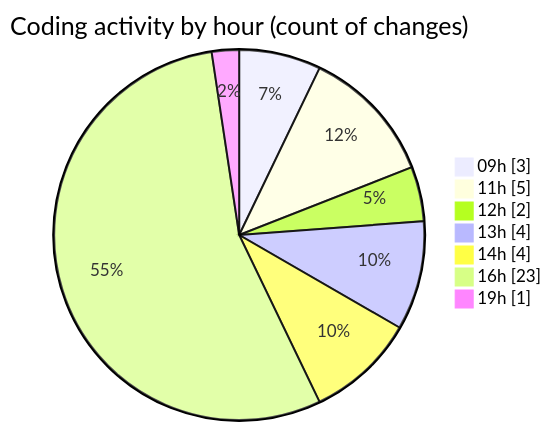
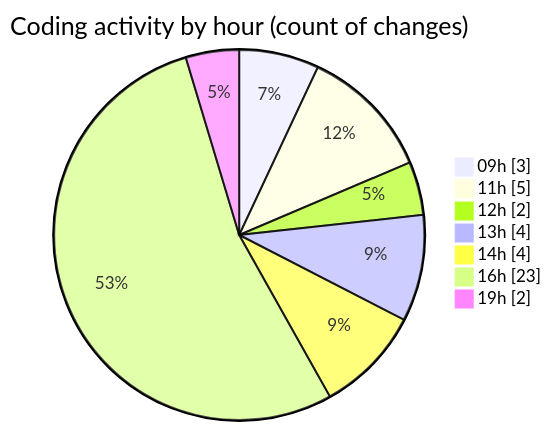
The second of 2 diagrams in 2026-03-03/cilapp/README.md (ricardozamudiocil/code-tracking), drawn with Mermaid before and after one commit. The commit also changed other lines of this file and 1 other file, not shown here.

````diff
--- a/2026-03-03/cilapp/README.md
+++ b/2026-03-03/cilapp/README.md
@@ -38,11 +38,11 @@
 ```mermaid
 pie showData
 title Coding activity by hour (count of changes)
 "09h" : 3
 "11h" : 5
 "12h" : 2
 "13h" : 4
 "14h" : 4
 "16h" : 23
-"19h" : 1
+"19h" : 2
 ```
````
